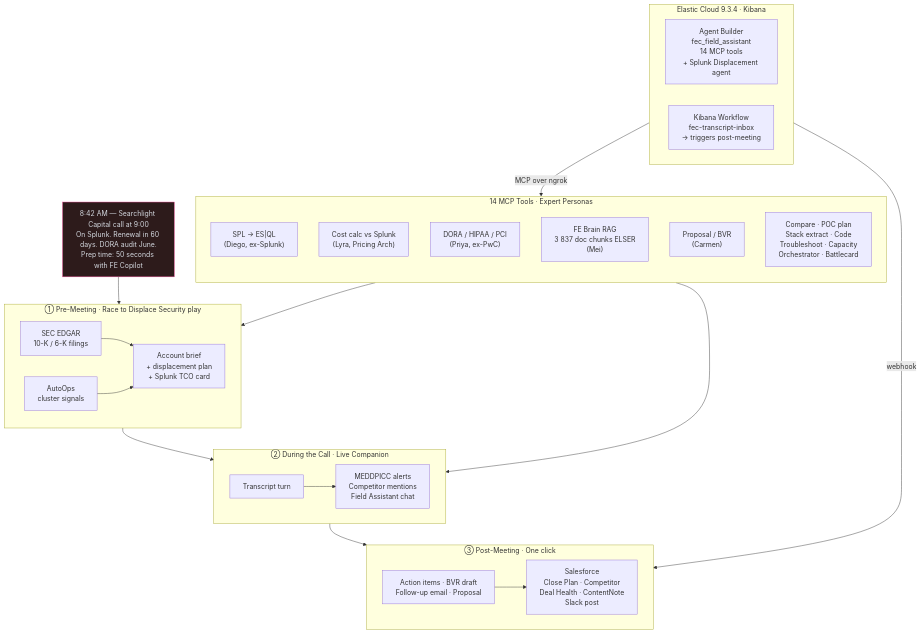
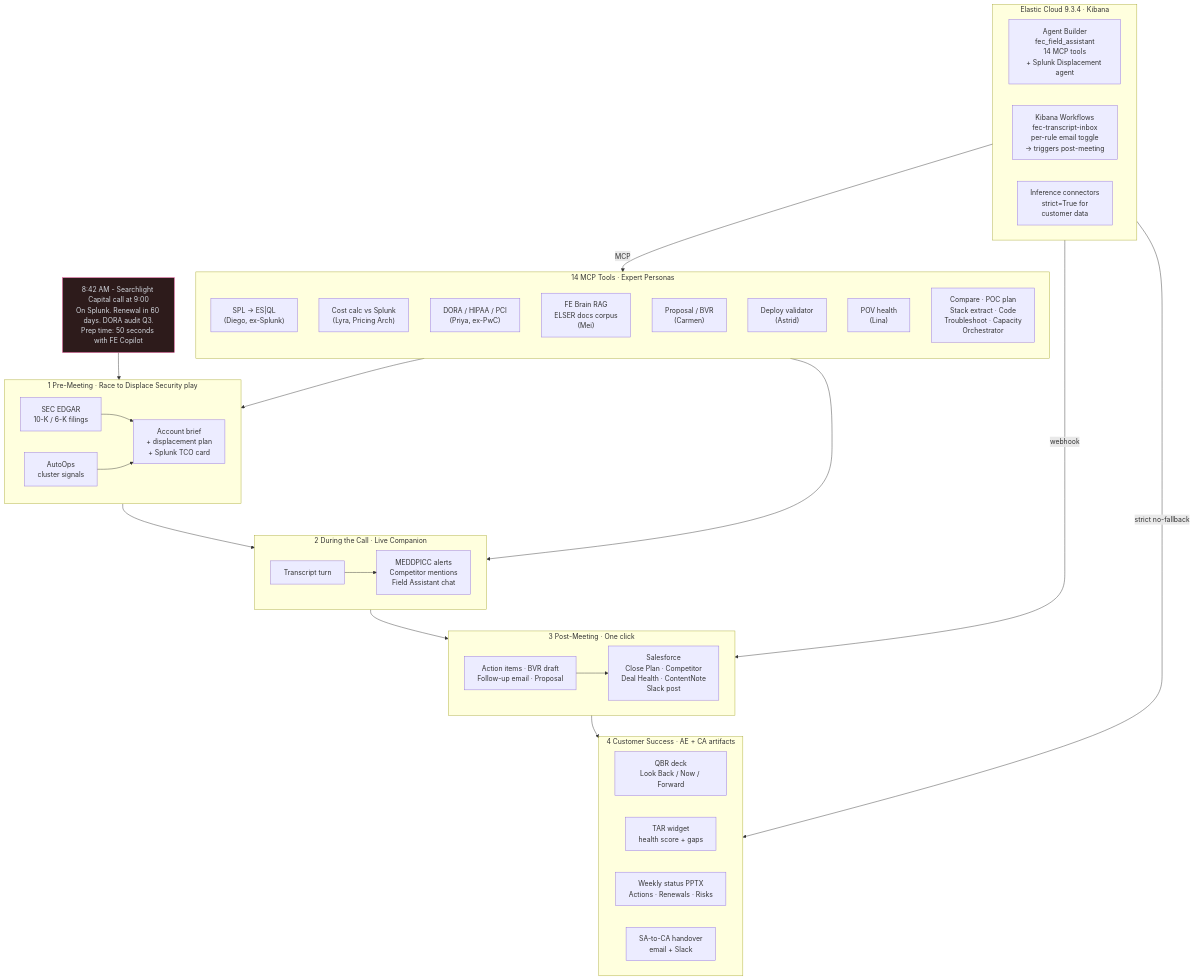
One commit to rodrigo-elastic/FE-Elastic changed the first of 2 diagrams in README.md. Above: the diagram before and after it, drawn with Mermaid. The commit also changed other lines of this file and 2 other files, not shown here.

First line of the commit message:
docs: README + CHANGELOG audit; bump autopilot to 50s

````diff
--- a/README.md
+++ b/README.md
@@ -108,57 +112,70 @@
 ```mermaid
 flowchart TD
     classDef elastic fill:#005571,stroke:#00BFB3,color:#fff
     classDef claude fill:#0077CC,stroke:#1BA9F5,color:#fff
     classDef output fill:#1a1a2e,stroke:#00BFB3,color:#d4d9e0
     classDef problem fill:#2d1b1b,stroke:#F04E98,color:#d4d9e0
     classDef action fill:#1b2d1b,stroke:#2dbe60,color:#d4d9e0
 
-    MORNING["8:42 AM — Searchlight Capital call at 9:00\nOn Splunk. Renewal in 60 days. DORA audit June.\nPrep time: 50 seconds with FE Copilot"]:::problem
+    MORNING["8:42 AM - Searchlight Capital call at 9:00\nOn Splunk. Renewal in 60 days. DORA audit Q3.\nPrep time: 50 seconds with FE Copilot"]:::problem
 
     MORNING --> PRE
 
-    subgraph PRE["① Pre-Meeting  ·  Race to Displace Security play"]
+    subgraph PRE["1 Pre-Meeting  ·  Race to Displace Security play"]
         direction LR
         EDGAR["SEC EDGAR\n10-K / 6-K filings"]
         AUTOOPS["AutoOps\ncluster signals"]
         BRIEF_OUT["Account brief\n+ displacement plan\n+ Splunk TCO card"]
         EDGAR --> BRIEF_OUT
         AUTOOPS --> BRIEF_OUT
     end
 
-    subgraph LIVE["② During the Call  ·  Live Companion"]
+    subgraph LIVE["2 During the Call  ·  Live Companion"]
         direction LR
         TX["Transcript turn"] --> ALERTS["MEDDPICC alerts\nCompetitor mentions\nField Assistant chat"]
     end
 
-    subgraph POST["③ Post-Meeting  ·  One click"]
+    subgraph POST["3 Post-Meeting  ·  One click"]
         direction LR
         POST_OUT["Action items · BVR draft\nFollow-up email · Proposal"]
         SFDC["Salesforce\nClose Plan · Competitor\nDeal Health · ContentNote\nSlack post"]
         POST_OUT --> SFDC
     end
 
+    subgraph CS["4 Customer Success  ·  AE + CA artifacts"]
+        direction LR
+        QBR["QBR deck\nLook Back / Now / Forward"]
+        TAR["TAR widget\nhealth score + gaps"]
+        WEEK["Weekly status PPTX\nActions · Renewals · Risks"]
+        HAND["SA-to-CA handover\nemail + Slack"]
+    end
+
     PRE --> LIVE
     LIVE --> POST
+    POST --> CS
 
     subgraph KIBANA["Elastic Cloud 9.3.4  ·  Kibana"]
         direction LR
         AB["Agent Builder\nfec_field_assistant\n14 MCP tools\n+ Splunk Displacement agent"]
-        WF["Kibana Workflow\nfec-transcript-inbox\n→ triggers post-meeting"]
+        WF["Kibana Workflows\nfec-transcript-inbox\nper-rule email toggle\n-> triggers post-meeting"]
+        INF["Inference connectors\nstrict=True for\ncustomer data"]
     end
 
     subgraph TOOLS["14 MCP Tools  ·  Expert Personas"]
         direction TB
-        T1["SPL → ES|QL\n(Diego, ex-Splunk)"]
+        T1["SPL -> ES|QL\n(Diego, ex-Splunk)"]
         T2["Cost calc vs Splunk\n(Lyra, Pricing Arch)"]
         T3["DORA / HIPAA / PCI\n(Priya, ex-PwC)"]
-        T4["FE Brain RAG\n3 837 doc chunks ELSER\n(Mei)"]
+        T4["FE Brain RAG\nELSER docs corpus\n(Mei)"]
         T5["Proposal / BVR\n(Carmen)"]
-        T6["Compare · POC plan\nStack extract · Code\nTroubleshoot · Capacity\nOrchestrator · Battlecard"]
+        T6["Deploy validator\n(Astrid)"]
+        T7["POV health\n(Lina)"]
+        T8["Compare · POC plan\nStack extract · Code\nTroubleshoot · Capacity\nOrchestrator"]
     end
 
-    AB -->|MCP over ngrok| TOOLS
+    AB -->|MCP| TOOLS
     WF -->|webhook| POST
+    INF -->|strict no-fallback| CS
     TOOLS --> PRE
     TOOLS --> LIVE
 ```
````
